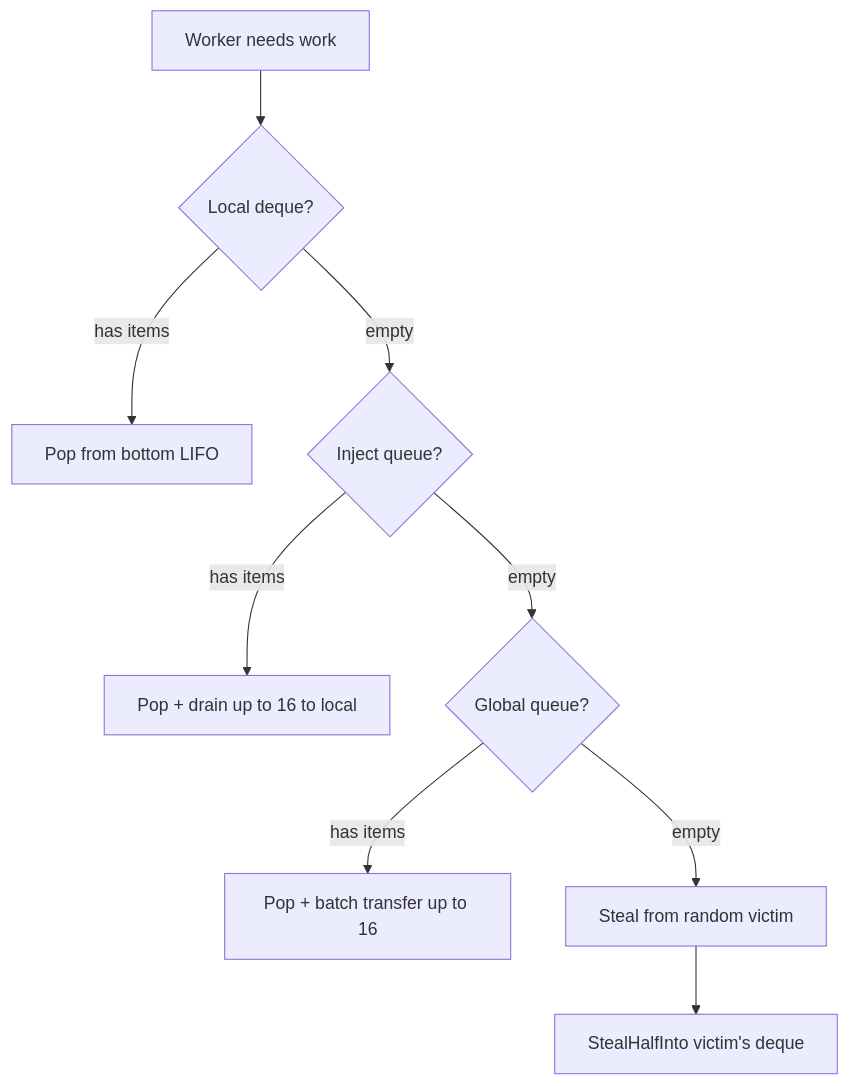
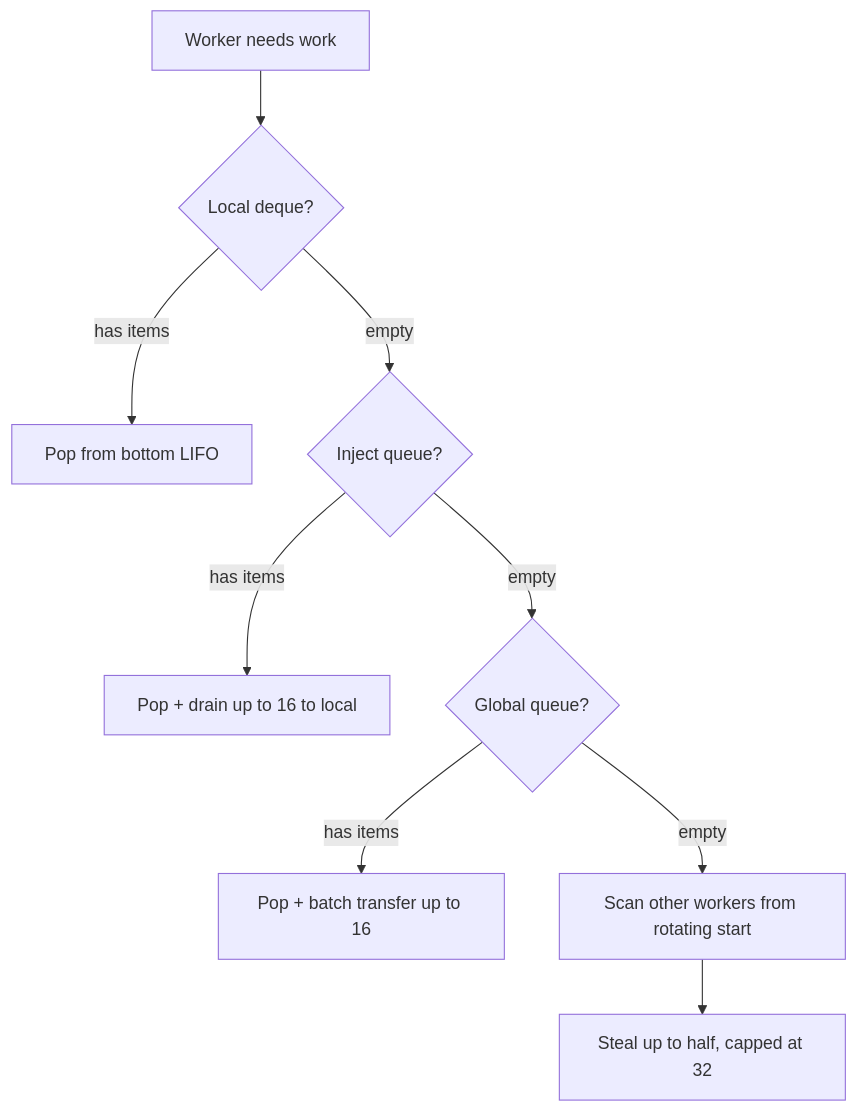
The first of 2 diagrams in en/internals/scheduler.md (wippyai/docs), drawn with Mermaid before and after one commit. The commit also changed other lines of this file and 870 other files, not shown here.

````diff
--- a/en/internals/scheduler.md
+++ b/en/internals/scheduler.md
@@ -47,11 +49,11 @@
 ```mermaid
 flowchart TD
     W[Worker needs work] --> L{Local deque?}
     L -->|has items| LP[Pop from bottom LIFO]
     L -->|empty| I{Inject queue?}
     I -->|has items| IP[Pop + drain up to 16 to local]
     I -->|empty| G{Global queue?}
     G -->|has items| GP[Pop + batch transfer up to 16]
-    G -->|empty| S[Steal from random victim]
-    S --> SH[StealHalfInto victim's deque]
+    G -->|empty| S[Scan other workers from rotating start]
+    S --> SH[Steal up to half, capped at 32]
 ```
````
